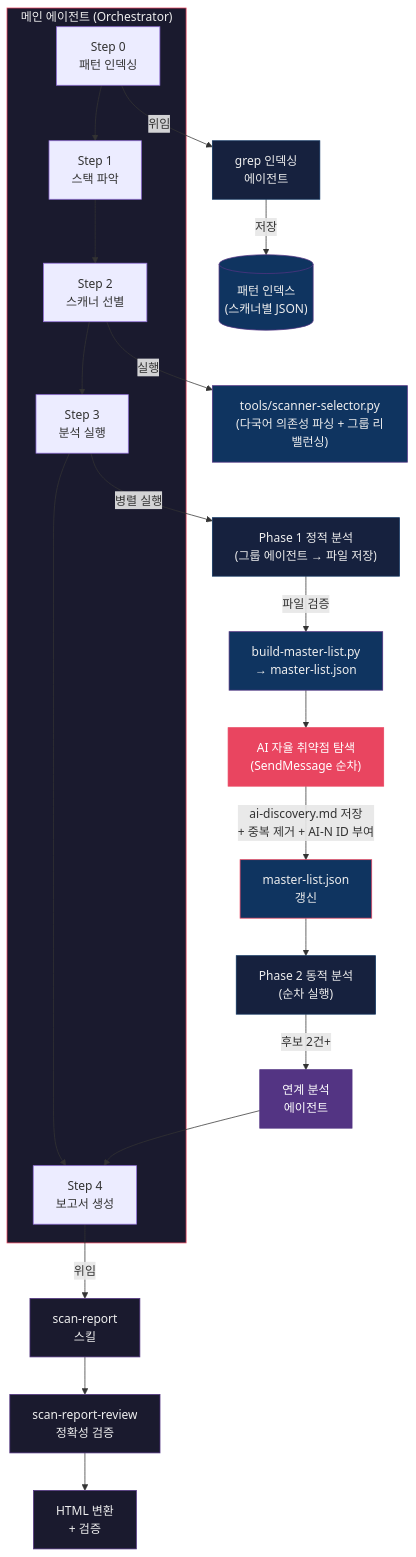
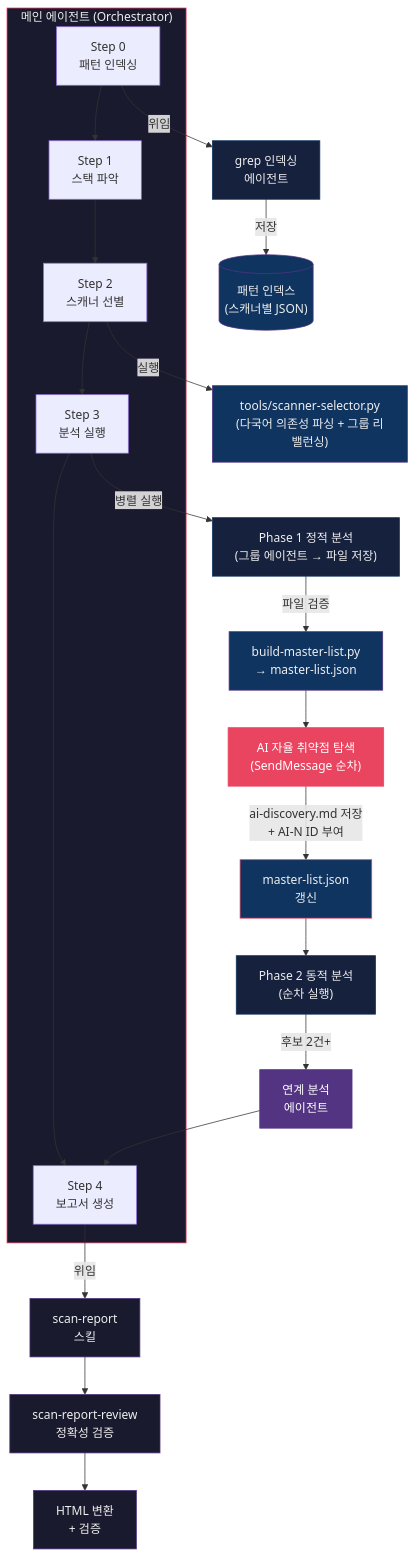
Before and after one commit to nomarlhack/noah-sast: the first of 5 diagrams in README.md, drawn with Mermaid. The commit also changed other lines of this file, not shown here.

````diff
--- a/README.md
+++ b/README.md
@@ -54,42 +54,42 @@
 ```mermaid
 flowchart TB
     subgraph Orchestrator["메인 에이전트 (Orchestrator)"]
         S0["Step 0\n패턴 인덱싱"]
         S1["Step 1\n스택 파악"]
         S2["Step 2\n스캐너 선별"]
         S3["Step 3\n분석 실행"]
         S4["Step 4\n보고서 생성"]
         S0 --> S1 --> S2 --> S3 --> S4
     end
 
     S0 -->|위임| GrepAgent["grep 인덱싱\n에이전트"]
     GrepAgent -->|저장| IndexDir[("패턴 인덱스\n(스캐너별 JSON)")]
 
     S2 -->|실행| Selector["tools/scanner-selector.py\n(다국어 의존성 파싱 + 그룹 리밸런싱)"]
 
     S3 -->|병렬 실행| P1["Phase 1 정적 분석\n(그룹 에이전트 → 파일 저장)"]
     P1 -->|파일 검증| BML["build-master-list.py\n→ master-list.json"]
     BML --> AI["AI 자율 취약점 탐색\n(SendMessage 순차)"]
-    AI -->|"ai-discovery.md 저장\n+ 중복 제거 + AI-N ID 부여"| MLUpdate["master-list.json\n갱신"]
+    AI -->|"ai-discovery.md 저장\n+ AI-N ID 부여"| MLUpdate["master-list.json\n갱신"]
     MLUpdate --> P2["Phase 2 동적 분석\n(순차 실행)"]
     P2 -->|후보 2건+| Chain["연계 분석\n에이전트"]
     Chain --> S4
 
     S4 -->|위임| Report["scan-report\n스킬"]
     Report --> Review["scan-report-review\n정확성 검증"]
     Review --> HTML["HTML 변환\n+ 검증"]
 
     style Orchestrator fill:#1a1a2e,stroke:#e94560,color:#eee
     style GrepAgent fill:#16213e,stroke:#0f3460,color:#eee
     style IndexDir fill:#0f3460,stroke:#533483,color:#eee
     style P1 fill:#16213e,stroke:#0f3460,color:#eee
     style BML fill:#0f3460,stroke:#533483,color:#eee
     style AI fill:#e94560,stroke:#e94560,color:#fff
     style MLUpdate fill:#0f3460,stroke:#e94560,color:#eee
     style Chain fill:#533483,stroke:#533483,color:#fff
     style P2 fill:#16213e,stroke:#0f3460,color:#eee
     style Report fill:#1a1a2e,stroke:#533483,color:#eee
     style Review fill:#1a1a2e,stroke:#533483,color:#eee
     style HTML fill:#1a1a2e,stroke:#533483,color:#eee
     style Selector fill:#0f3460,stroke:#533483,color:#eee
 ```
````
